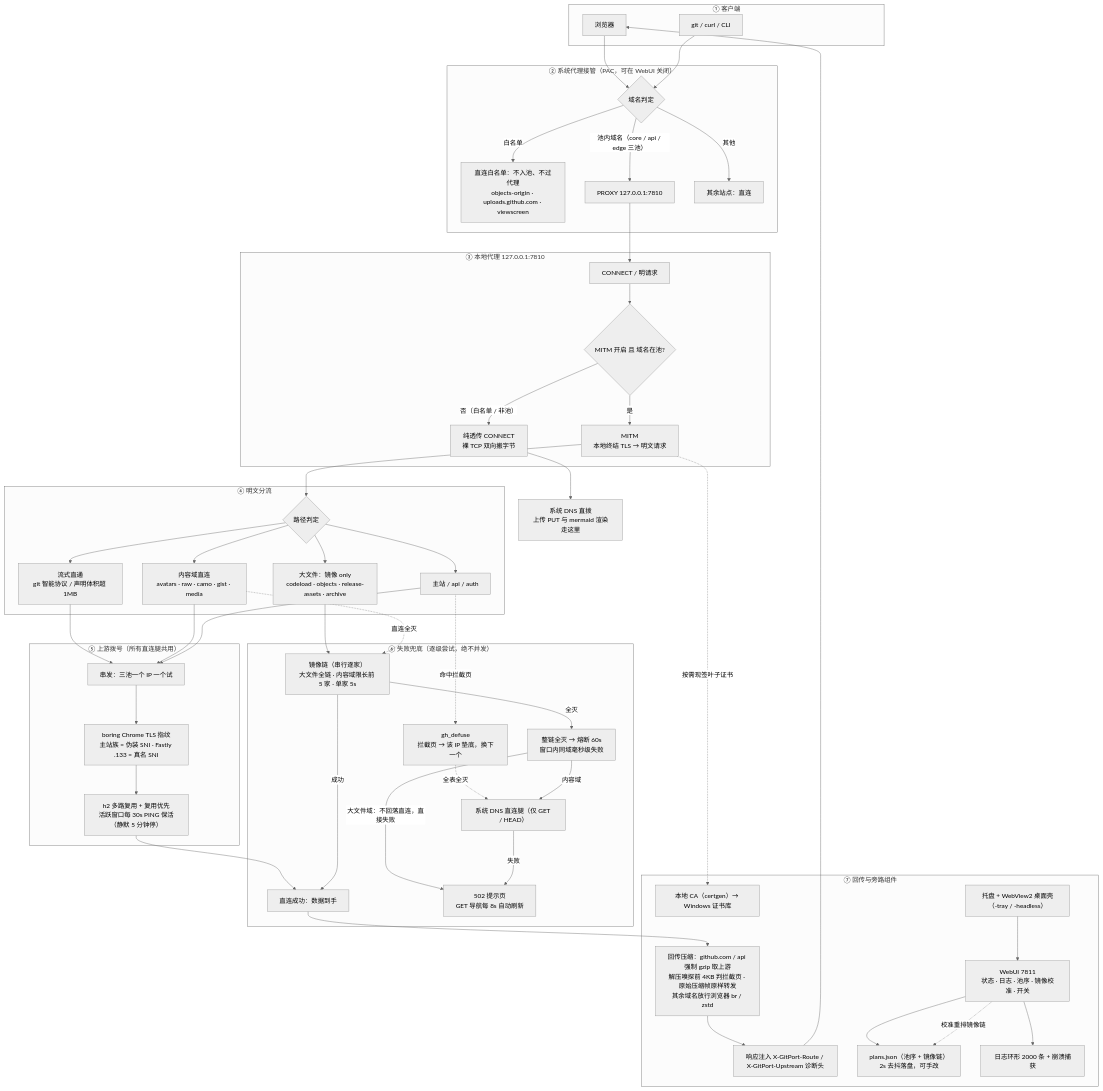
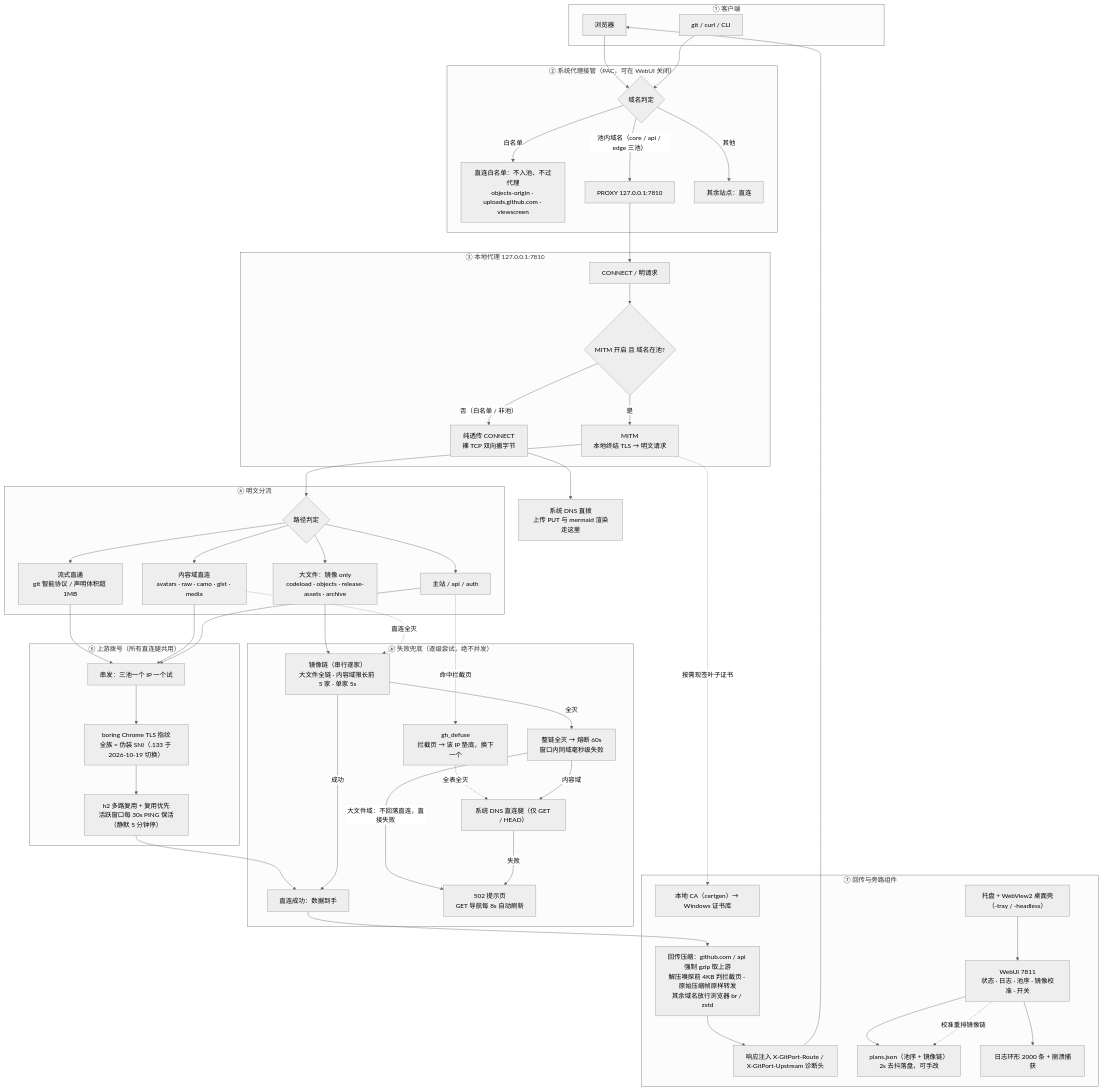
One commit to zhidian-cmd/gitport-github changed the first of 2 diagrams in docs/ARCHITECTURE.md. Above: the diagram before and after it, drawn with Mermaid (neutral theme). The commit also changed other lines of this file and 8 other files, not shown here.

```diff
--- a/docs/ARCHITECTURE.md
+++ b/docs/ARCHITECTURE.md
@@ -44,7 +44,7 @@
     Q --> S4
     subgraph L5["⑤ 上游拨号（所有直连腿共用）"]
         D1["串发：三池一个 IP 一个试"]
-        T1["boring Chrome TLS 指纹<br/>主站族 = 伪装 SNI · Fastly .133 = 真名 SNI"]
+        T1["boring Chrome TLS 指纹<br/>全族 = 伪装 SNI（.133 于 2026-10-19 切换）"]
         H1["h2 多路复用 + 复用优先<br/>活跃窗口每 30s PING 保活（静默 5 分钟停）"]
     end
     S1 --> D1
```
